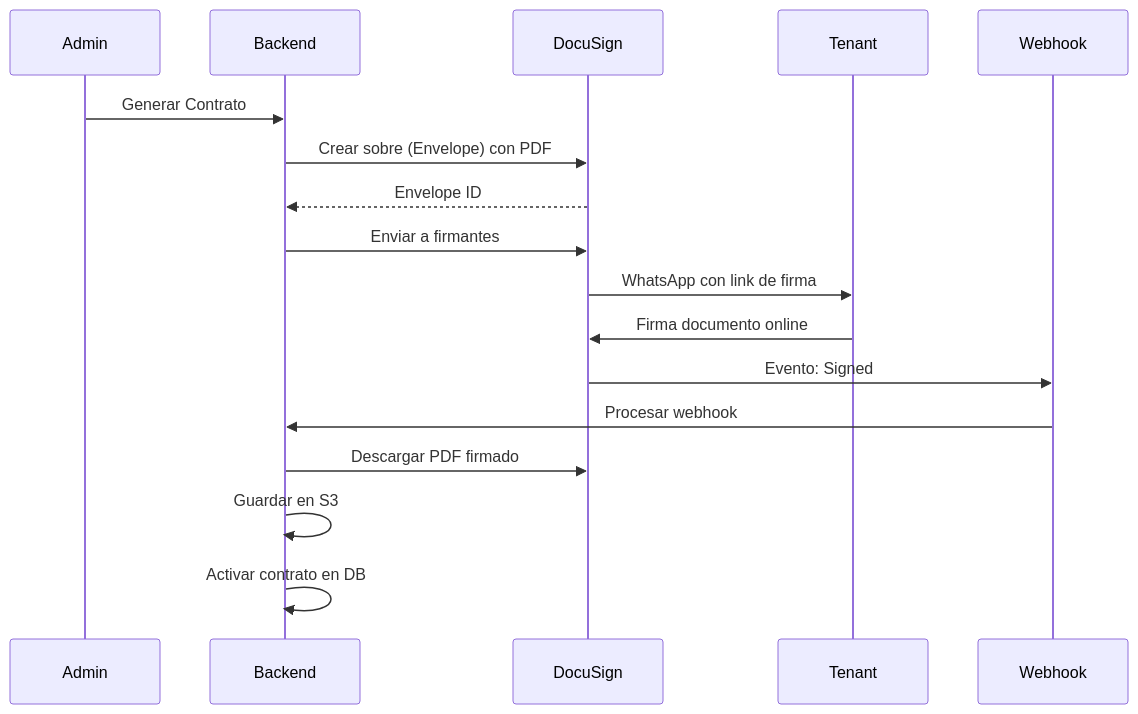
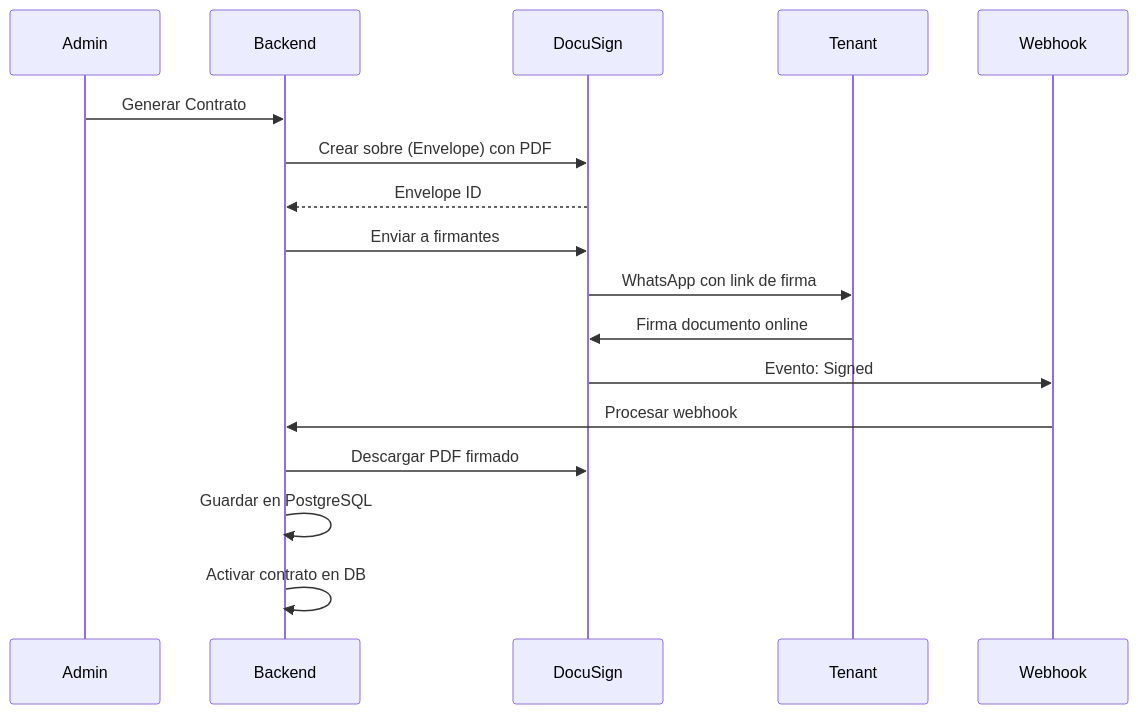
One commit to andrescastiglia/rent changed the second of 14 diagrams in docs/technical/sequence.md. Above: the diagram before and after it, drawn with Mermaid. The commit also changed other lines of this file and 47 other files, not shown here.

First line of the commit message:
Store all documents and generated PDFs in PostgreSQL (#192)

````diff
--- a/docs/technical/sequence.md
+++ b/docs/technical/sequence.md
@@ -36,22 +36,22 @@
 ```mermaid
 sequenceDiagram
     participant Admin
     participant Backend
     participant DocuSign
     participant Tenant
     participant Webhook
 
     Admin->>Backend: Generar Contrato
     Backend->>DocuSign: Crear sobre (Envelope) con PDF
     DocuSign-->>Backend: Envelope ID
     Backend->>DocuSign: Enviar a firmantes
     
     DocuSign->>Tenant: WhatsApp con link de firma
     Tenant->>DocuSign: Firma documento online
     
     DocuSign->>Webhook: Evento: Signed
     Webhook->>Backend: Procesar webhook
     Backend->>DocuSign: Descargar PDF firmado
-    Backend->>Backend: Guardar en S3
+    Backend->>Backend: Guardar en PostgreSQL
     Backend->>Backend: Activar contrato en DB
 ```
````
